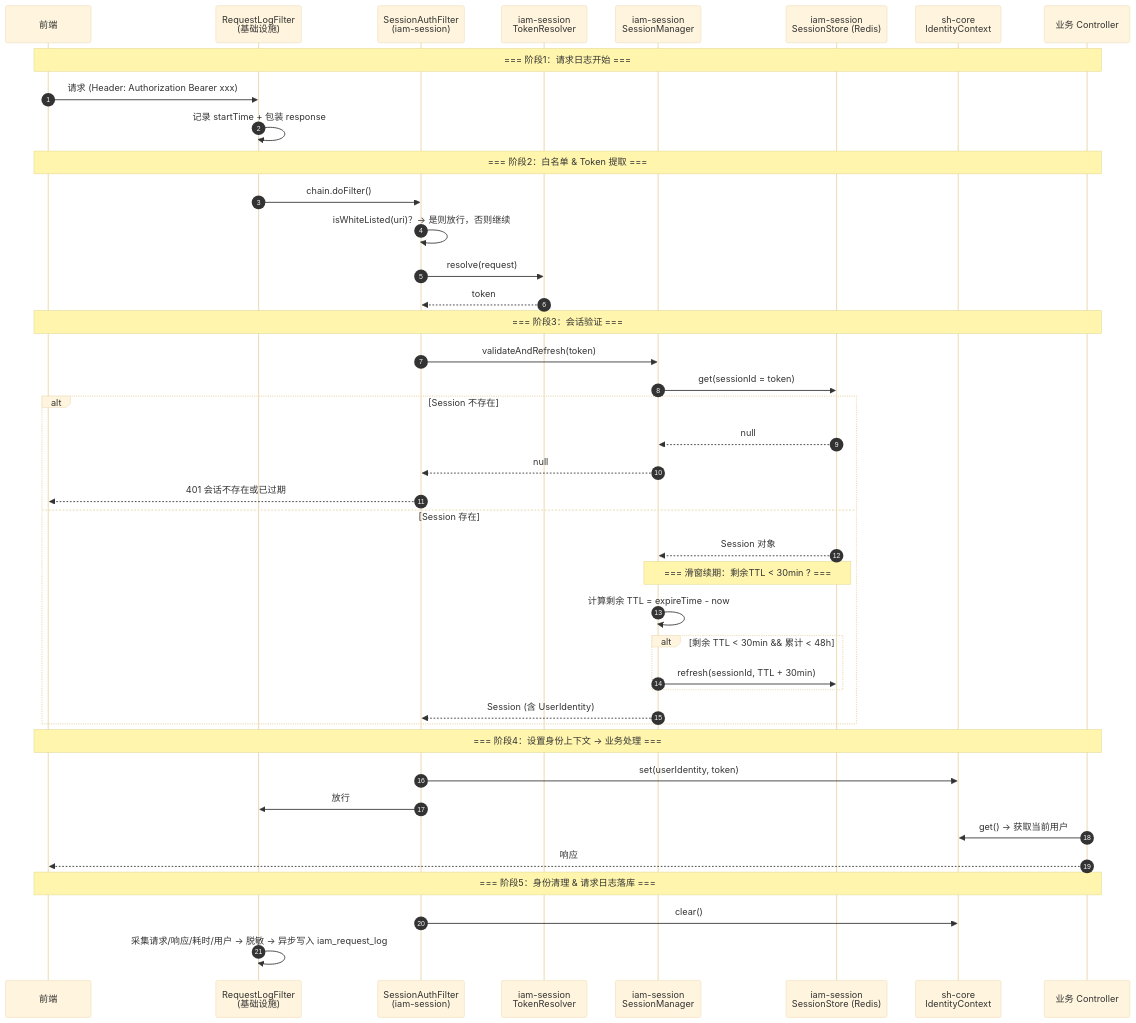
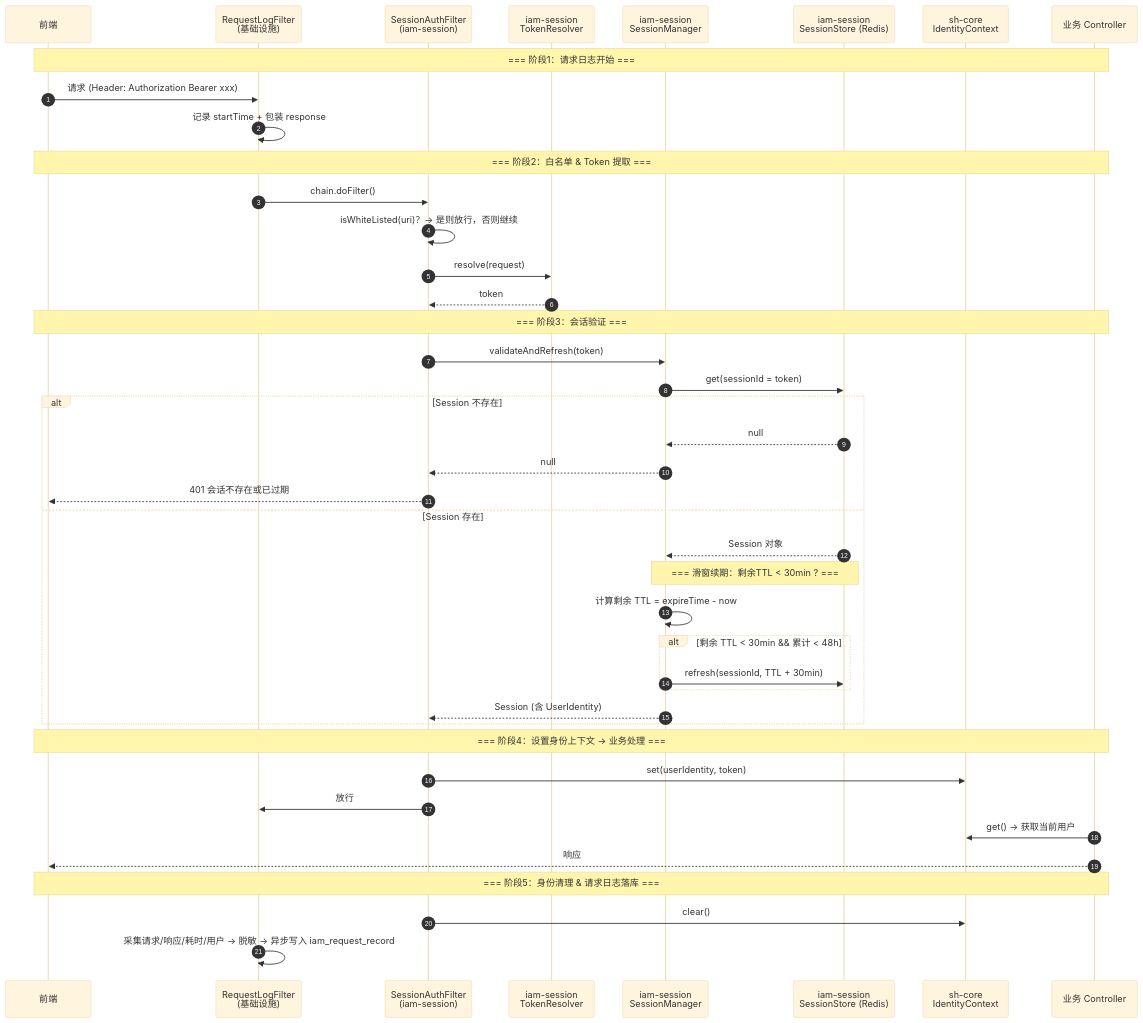
The second of 5 diagrams in docs/design/session-design.md (shrimp-group/sh-iam), drawn with Mermaid (base theme) before and after one commit. The commit also changed other lines of this file and 55 other files, not shown here.

````diff
--- a/docs/design/session-design.md
+++ b/docs/design/session-design.md
@@ -399,47 +399,47 @@
 ```mermaid
 sequenceDiagram
     autonumber
     participant Client as 前端
     participant ReqLog as RequestLogFilter<br/>(基础设施)
     participant Filter as SessionAuthFilter<br/>(iam-session)
     participant Resolver as iam-session<br/>TokenResolver
     participant Session as iam-session<br/>SessionManager
     participant Store as iam-session<br/>SessionStore (Redis)
     participant Identity as sh-core<br/>IdentityContext
     participant Controller as 业务 Controller
     Note over Client, Controller: === 阶段1：请求日志开始 ===
     Client ->> ReqLog: 请求 (Header: Authorization Bearer xxx)
     ReqLog ->> ReqLog: 记录 startTime + 包装 response
     Note over Client, Controller: === 阶段2：白名单 & Token 提取 ===
     ReqLog ->> Filter: chain.doFilter()
     Filter ->> Filter: isWhiteListed(uri)？→ 是则放行，否则继续
     Filter ->> Resolver: resolve(request)
     Resolver -->> Filter: token
     Note over Client, Controller: === 阶段3：会话验证 ===
     Filter ->> Session: validateAndRefresh(token)
     Session ->> Store: get(sessionId = token)
 
     alt Session 不存在
         Store -->> Session: null
         Session -->> Filter: null
         Filter -->> Client: 401 会话不存在或已过期
     else Session 存在
         Store -->> Session: Session 对象
         Note over Session, Store: === 滑窗续期：剩余TTL < 30min ? ===
         Session ->> Session: 计算剩余 TTL = expireTime - now
         alt 剩余 TTL < 30min && 累计 < 48h
             Session ->> Store: refresh(sessionId, TTL + 30min)
         end
 
         Session -->> Filter: Session (含 UserIdentity)
     end
 
     Note over Client, Controller: === 阶段4：设置身份上下文 → 业务处理 ===
     Filter ->> Identity: set(userIdentity, token)
     Filter ->> ReqLog: 放行
     Controller ->> Identity: get() → 获取当前用户
     Controller -->> Client: 响应
     Note over Client, Controller: === 阶段5：身份清理 & 请求日志落库 ===
     Filter ->> Identity: clear()
-    ReqLog ->> ReqLog: 采集请求/响应/耗时/用户 → 脱敏 → 异步写入 iam_request_log
+    ReqLog ->> ReqLog: 采集请求/响应/耗时/用户 → 脱敏 → 异步写入 iam_request_record
 ```
````
